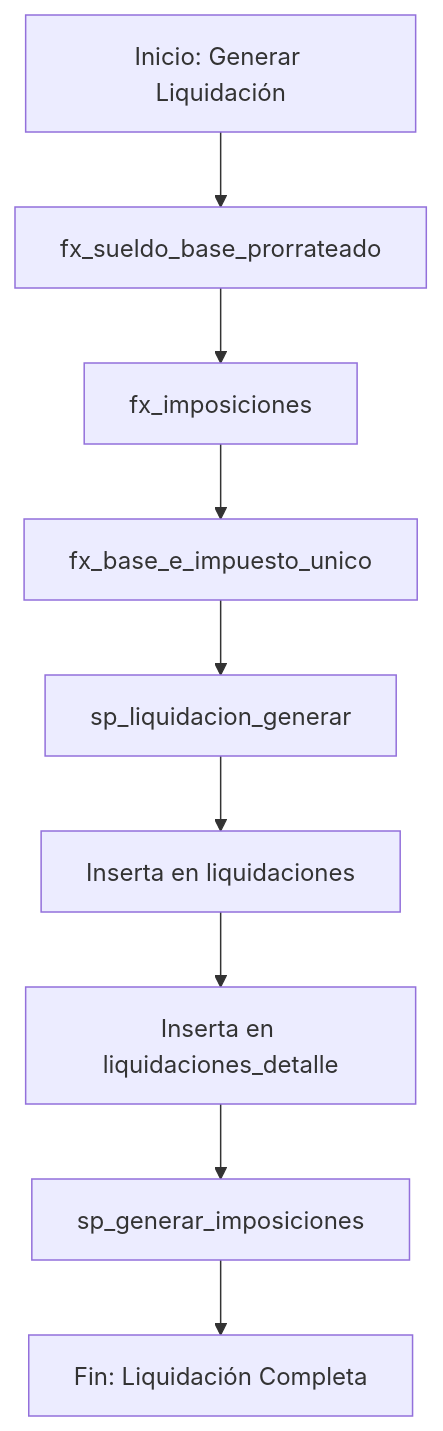
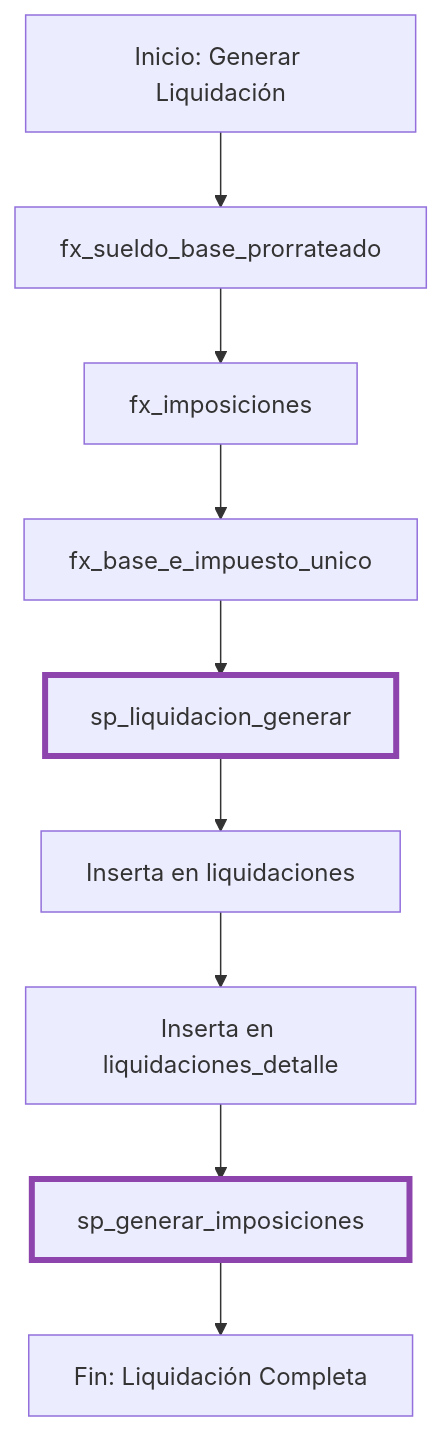
One commit to ChrisTkm/jean_d_arc changed the fifth of 9 diagrams in src/content/docs/arquitectura/diagramas.md. Above: the diagram before and after it, drawn with Mermaid. The commit also changed other lines of this file and 8 other files, not shown here.

Commit message:
docs: Add comprehensive documentation for accounting remuneration, system architecture, and security practices including various diagrams.

````diff
--- a/src/content/docs/arquitectura/diagramas.md
+++ b/src/content/docs/arquitectura/diagramas.md
@@ -247,11 +205,14 @@
 ```mermaid
 flowchart TD
     A[Inicio: Generar Liquidación] --> B[fx_sueldo_base_prorrateado]
     B --> C[fx_imposiciones]
     C --> D[fx_base_e_impuesto_unico]
     D --> E[sp_liquidacion_generar]
     E --> F[Inserta en liquidaciones]
     F --> G[Inserta en liquidaciones_detalle]
     G --> H[sp_generar_imposiciones]
     H --> I[Fin: Liquidación Completa]
+
+    style E stroke:#8e44ad,stroke-width:4px
+    style H stroke:#8e44ad,stroke-width:4px
 ```
````
